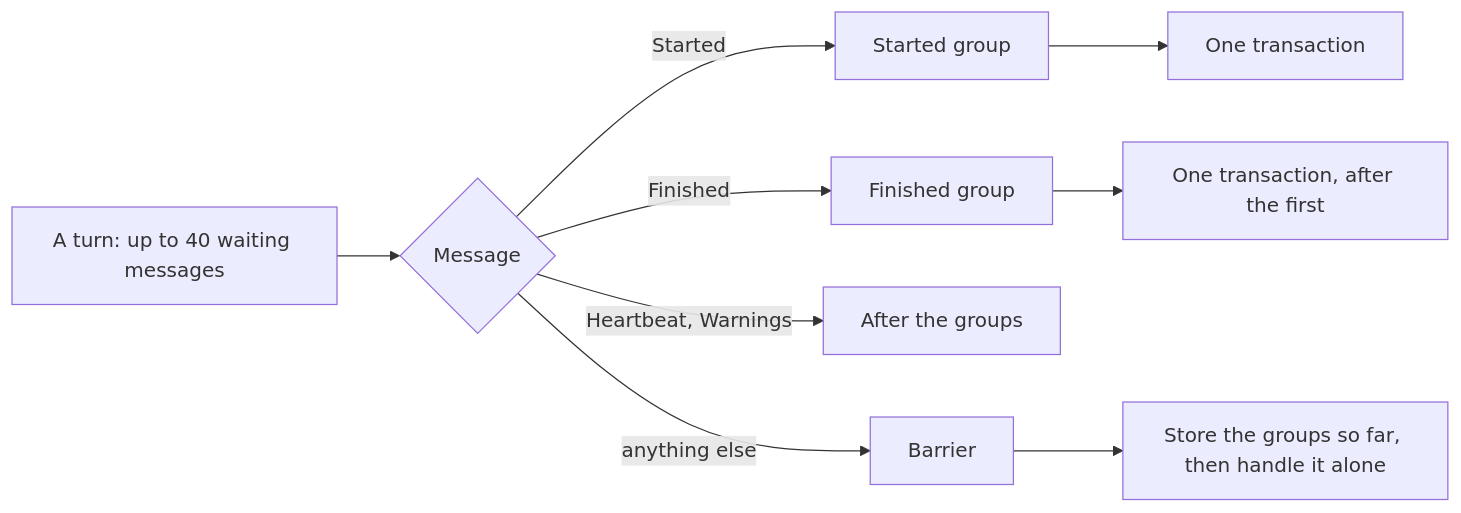
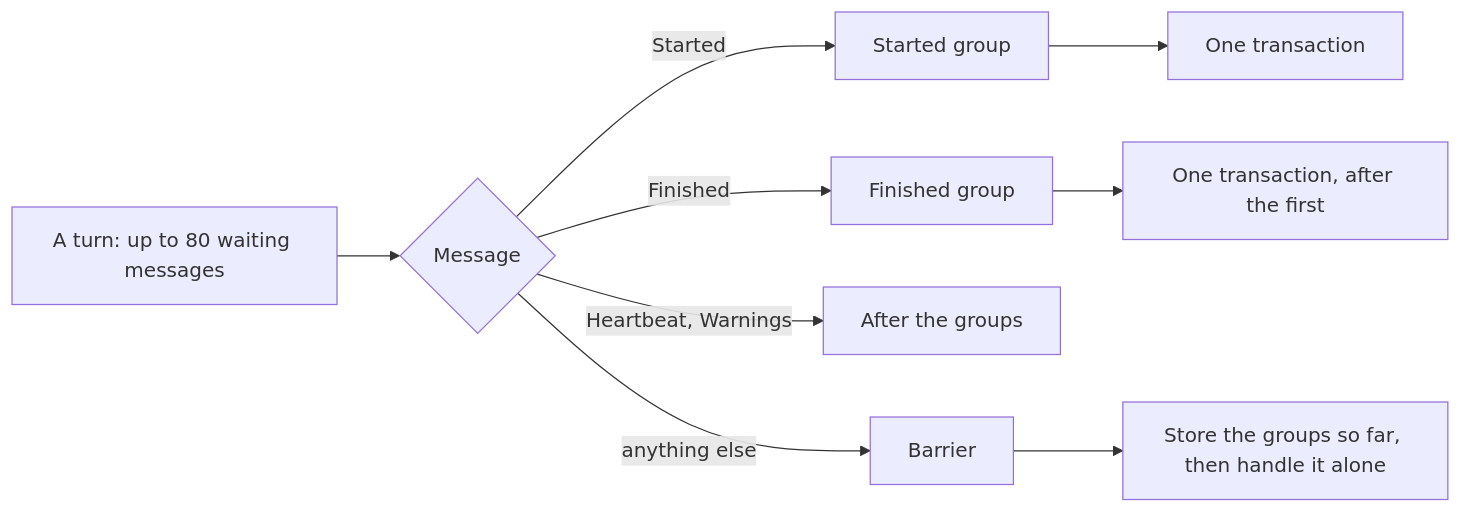
Before and after one commit to ptutak/schedr: the first of 2 diagrams in docs/03-guide/04-master.md, drawn with Mermaid. The commit also changed other lines of this file and 35 other files, not shown here.

First line of the commit message:
M5.1e: a worker's turn takes up to 80 messages (decision 484), from stress runs of 10 to 160

````diff
--- a/docs/03-guide/04-master.md
+++ b/docs/03-guide/04-master.md
@@ -232,11 +232,11 @@
 ```{mermaid}
 flowchart LR
-    turn[A turn: up to 40 waiting messages] --> sort{Message}
+    turn[A turn: up to 80 waiting messages] --> sort{Message}
     sort -->|Started| startGroup[Started group]
     sort -->|Finished| finishGroup[Finished group]
     sort -->|Heartbeat, Warnings| after[After the groups]
     sort -->|anything else| barrier[Barrier]
     barrier --> flush[Store the groups so far, then handle it alone]
     startGroup --> tx1[One transaction]
     finishGroup --> tx2[One transaction, after the first]
 ```
````
